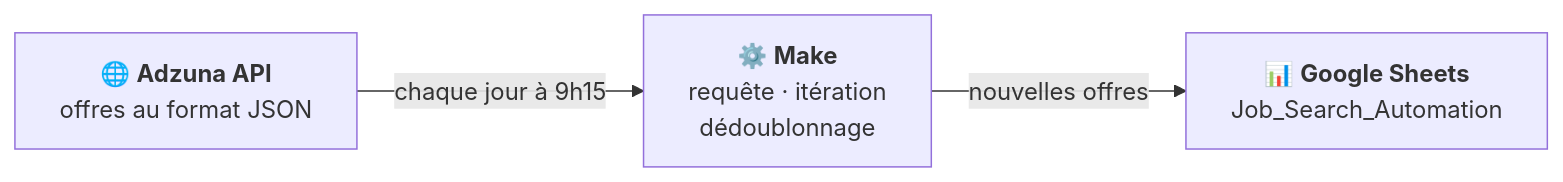
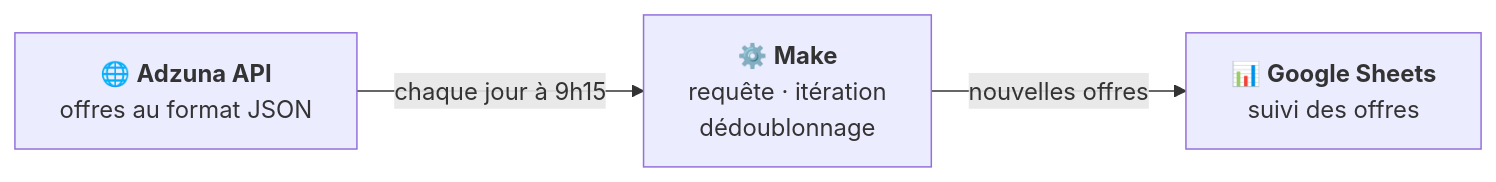
Before and after one commit to XiaoqingGdc/job-search-automation-make: the diagram in README.md, drawn with Mermaid. The commit also changed other lines of this file, not shown here.

Commit message:
Mise à jour du schéma

````diff
--- a/README.md
+++ b/README.md
@@ -25,7 +25,7 @@
 ```mermaid
 flowchart LR
     A["🌐 <b>Adzuna API</b><br/>offres au format JSON"]
     B["⚙️ <b>Make</b><br/>requête · itération<br/>dédoublonnage"]
-    C["📊 <b>Google Sheets</b><br/>Job_Search_Automation"]
+    C["📊 <b>Google Sheets</b><br/>suivi des offres"]
     A -->|chaque jour à 9h15| B -->|nouvelles offres| C
 ```
````
